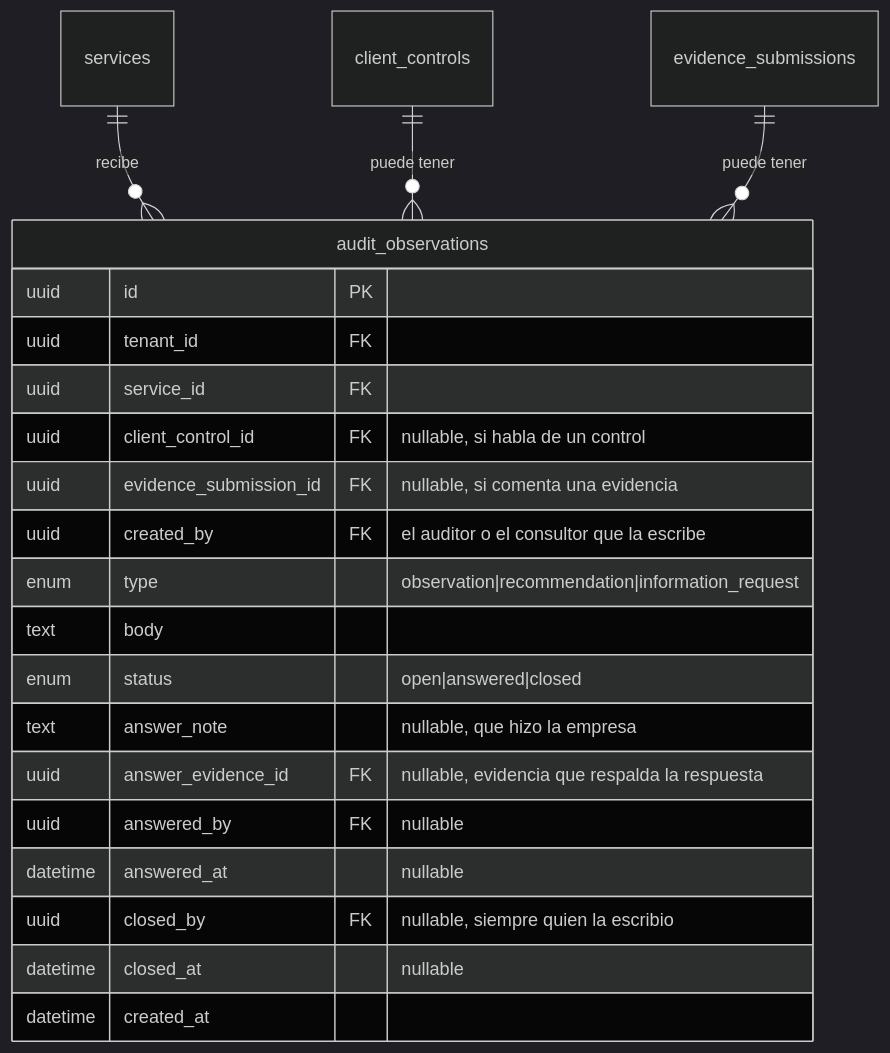
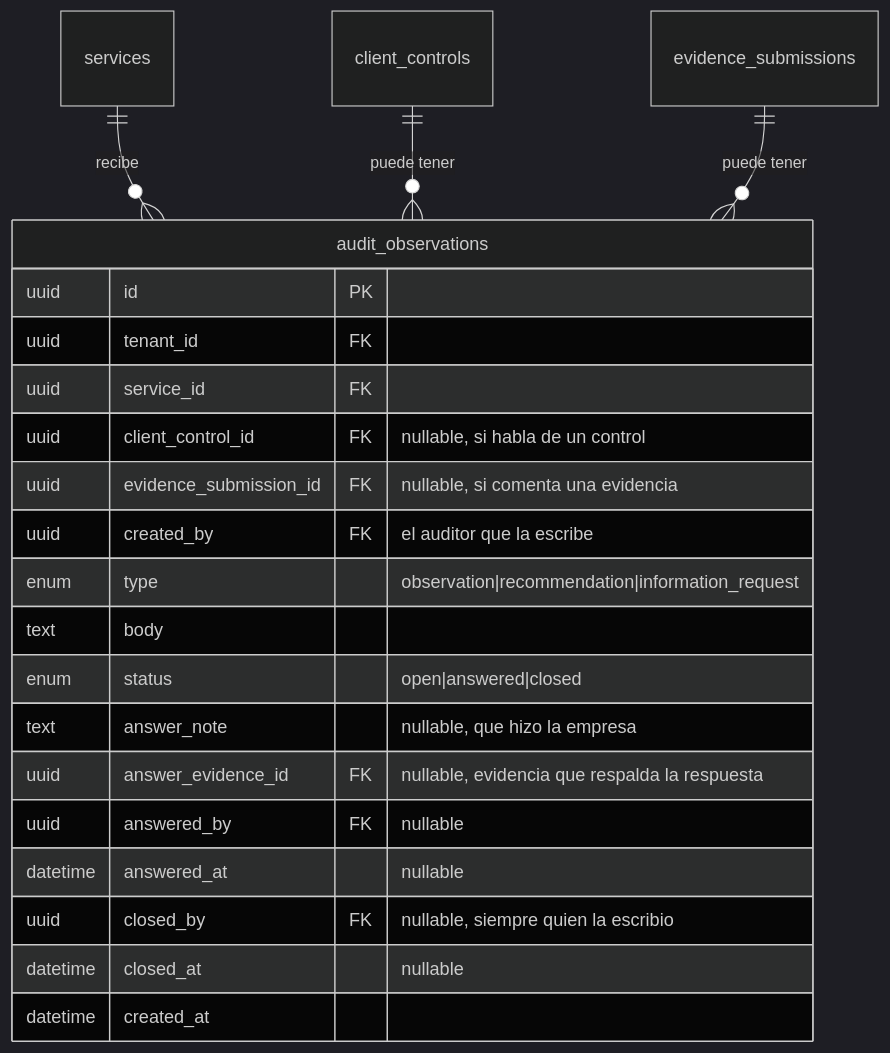
One commit to Monkey-GRC/Monkey-Brain-IA changed the fifth of 5 diagrams in skills/product/monkey-compliance-council/references/datos/modelo/07-cumplimiento.md. Above: the diagram before and after it, drawn with Mermaid (dark theme). The commit also changed other lines of this file and 33 other files, not shown here.

````diff
--- a/skills/product/monkey-compliance-council/references/datos/modelo/07-cumplimiento.md
+++ b/skills/product/monkey-compliance-council/references/datos/modelo/07-cumplimiento.md
@@ -457,24 +432,24 @@
 ```mermaid
 erDiagram
     audit_observations {
         uuid id PK
         uuid tenant_id FK
         uuid service_id FK
         uuid client_control_id FK "nullable, si habla de un control"
         uuid evidence_submission_id FK "nullable, si comenta una evidencia"
-        uuid created_by FK "el auditor o el consultor que la escribe"
+        uuid created_by FK "el auditor que la escribe"
         enum type "observation|recommendation|information_request"
         text body
         enum status "open|answered|closed"
         text answer_note "nullable, que hizo la empresa"
         uuid answer_evidence_id FK "nullable, evidencia que respalda la respuesta"
         uuid answered_by FK "nullable"
         datetime answered_at "nullable"
         uuid closed_by FK "nullable, siempre quien la escribio"
         datetime closed_at "nullable"
         datetime created_at
     }
     services ||--o{ audit_observations : "recibe"
     client_controls ||--o{ audit_observations : "puede tener"
     evidence_submissions ||--o{ audit_observations : "puede tener"
 ```
````
